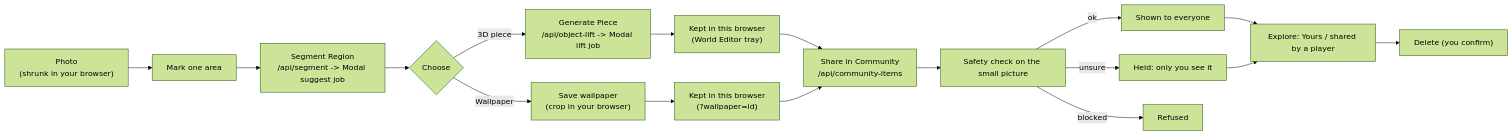
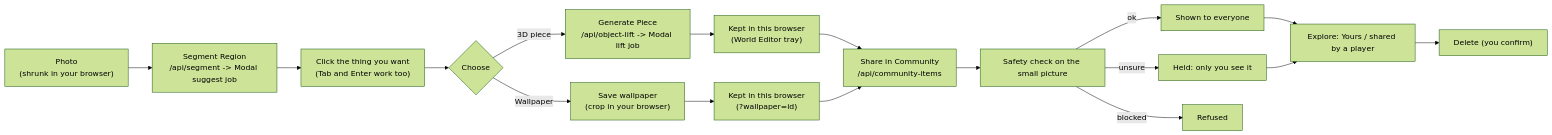
One commit to gitgithan/conquercourse changed the first of 4 diagrams in docs/community-flow-guide.md. Above: the diagram before and after it, drawn with Mermaid (forest theme). The commit also changed other lines of this file and 74 other files, not shown here.

First line of the commit message:
Make your own: click a found thing to pick it (no box), daily piece count shown before the make button (Part of CC-247)

````diff
--- a/docs/community-flow-guide.md
+++ b/docs/community-flow-guide.md
@@ -14,19 +15,19 @@
 ```mermaid
 flowchart LR
-  A["Photo<br/>(shrunk in your browser)"] --> B["Mark one area"]
-  B --> C["Segment Region<br/>/api/segment -> Modal suggest job"]
-  C --> D{"Choose"}
+  A["Photo<br/>(shrunk in your browser)"] --> C["Segment Region<br/>/api/segment -> Modal suggest job"]
+  C --> C1["Click the thing you want<br/>(Tab and Enter work too)"]
+  C1 --> D{"Choose"}
   D -->|3D piece| E["Generate Piece<br/>/api/object-lift -> Modal lift job"]
   D -->|Wallpaper| F["Save wallpaper<br/>(crop in your browser)"]
   E --> G["Kept in this browser<br/>(World Editor tray)"]
   F --> G2["Kept in this browser<br/>(?wallpaper=id)"]
   G --> H["Share in Community<br/>/api/community-items"]
   G2 --> H
   H --> I["Safety check on the small picture"]
   I -->|ok| J["Shown to everyone"]
   I -->|unsure| K["Held: only you see it"]
   I -->|blocked| L["Refused"]
   J --> M["Explore: Yours / shared by a player"]
   K --> M
   M --> N["Delete (you confirm)"]
 ```
````
